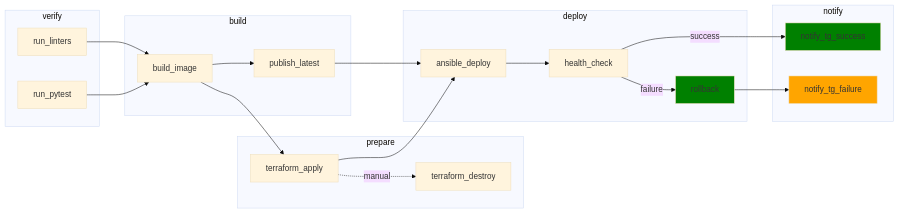
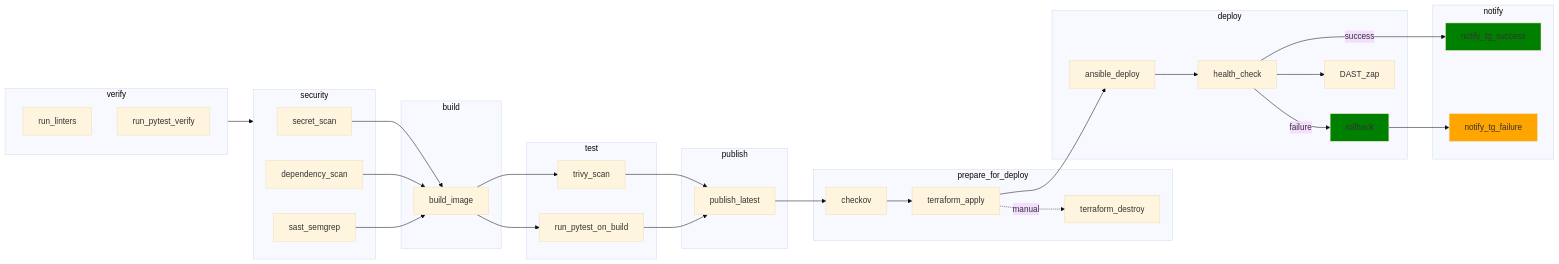
Before and after one commit to AlexeyKuzko/devops_diploma: the second of 2 diagrams in README.md, drawn with Mermaid (base theme). The commit also changed other lines of this file and 43 other files, not shown here.

````diff
--- a/README.md
+++ b/README.md
@@ -54,44 +144,66 @@
 ```mermaid
 flowchart LR
     subgraph Stage_Verify ["verify"]
         A1[run_linters]
-        A2[run_pytest]
+        A2[run_pytest_verify]
+    end
+
+    subgraph Stage_Security ["security"]
+        S1[secret_scan]
+        S2[dependency_scan]
+        S3[sast_semgrep]
     end
 
     subgraph Stage_Build ["build"]
         B1[build_image]
-        B2[publish_latest]
     end
 
-    subgraph Stage_Prepare ["prepare"]
-        C1[terraform_apply]
-        C2[terraform_destroy]
+    subgraph Stage_Test ["test"]
+        T1[trivy_scan]
+        T2[run_pytest_on_build]
+    end
+
+    subgraph Stage_Publish ["publish"]
+        P1[publish_latest]
+    end
+
+    subgraph Stage_Prepare ["prepare_for_deploy"]
+        C1[checkov]
+        C2[terraform_apply<br/>]
+        C3[terraform_destroy<br/>]
     end
 
     subgraph Stage_Deploy ["deploy"]
         D1[ansible_deploy]
         D2[health_check]
         D3[rollback]
+        D4[DAST_zap]
     end
 
     subgraph Stage_Notify ["notify"]
         E1[notify_tg_success]
         E2[notify_tg_failure]
     end
 
-    A1 --> B1
-    A2 --> B1
-    B1 --> B2
-    B1 --> C1
-    B2 --> D1
-    C1 -. manual .-> C2
-    C1 --> D1
+    Stage_Verify --> Stage_Security
+    S1 --> B1
+    S2 --> B1
+    S3 --> B1
+    B1 --> T1
+    B1 --> T2
+    T1 --> P1
+    T2 --> P1
+    P1 --> C1
+    C1 --> C2
+    C2 -. manual .-> C3
+    C2 --> D1
     D1 --> D2
+    D2 --> D4
     D2 -->|success| E1
     D2 -->|failure| D3
     D3 --> E2
 
     style D3 fill:green
     style E1 fill:green
     style E2 fill:orange
 ```
````
